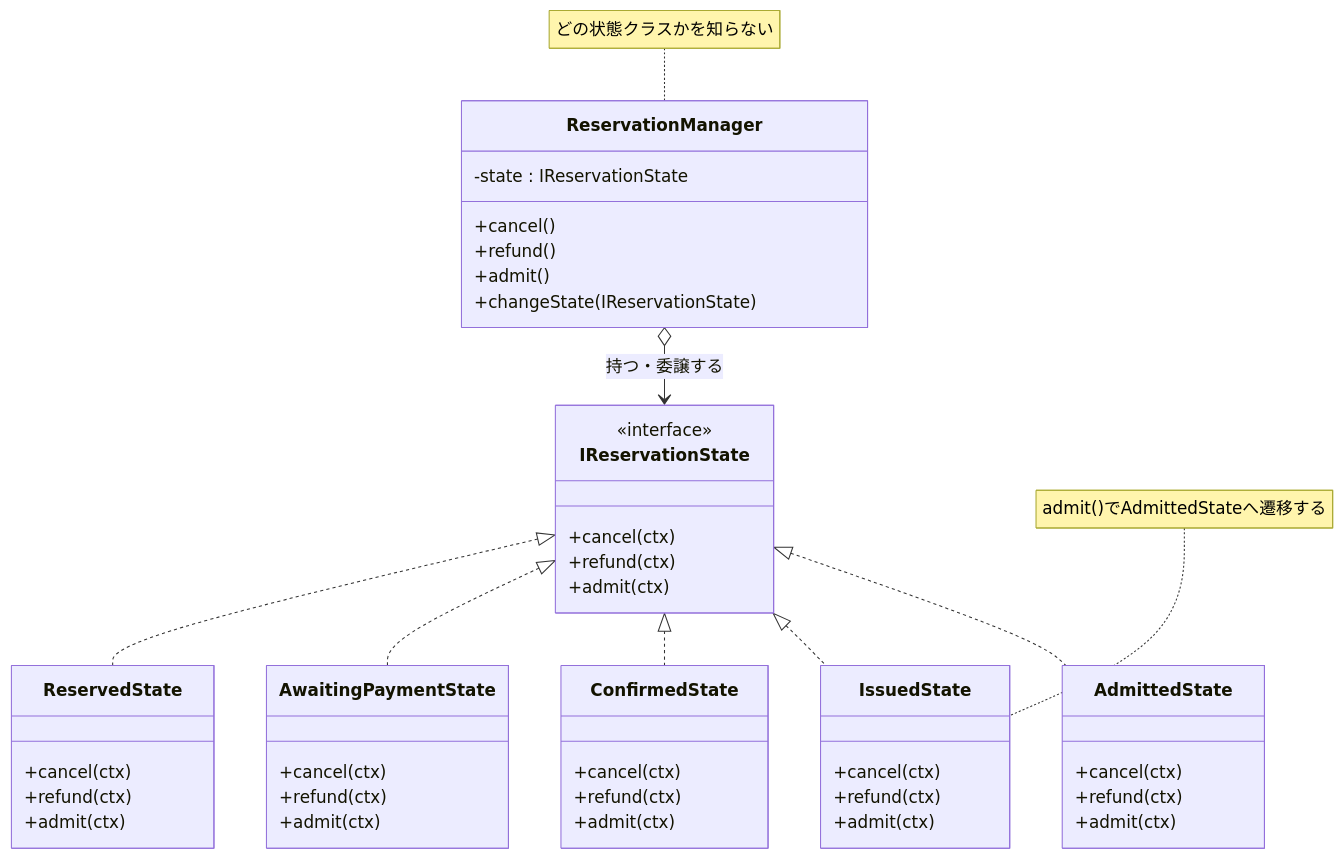
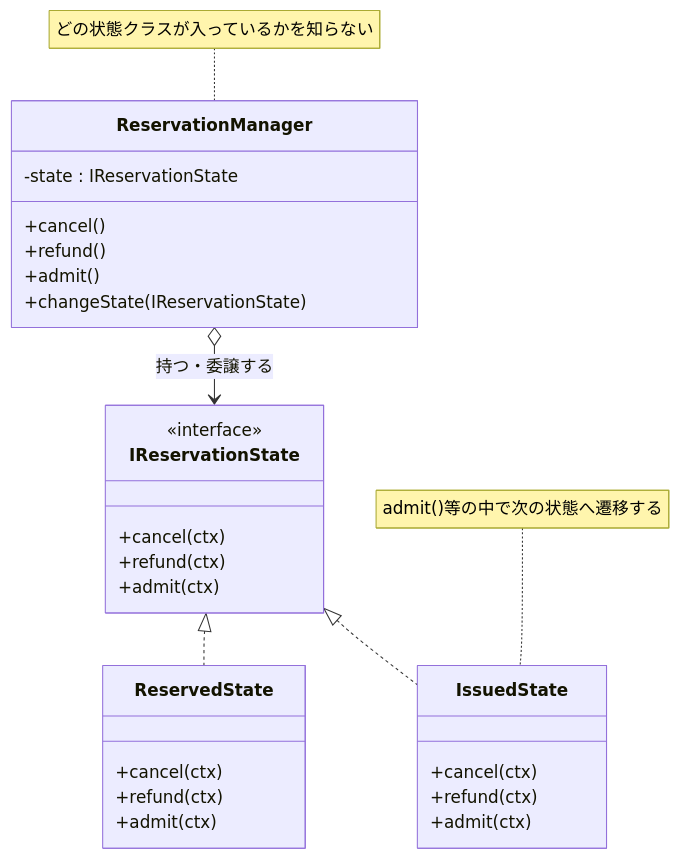
The fourth of 7 diagrams in kindle/design-patterns/output/chapter03.md (kumachan1101-pixel/DesignPattern), drawn with Mermaid before and after one commit. The commit also changed other lines of this file and 11 other files, not shown here.

````diff
--- a/kindle/design-patterns/output/chapter03.md
+++ b/kindle/design-patterns/output/chapter03.md
@@ -559,51 +595,33 @@
 ```mermaid
 classDiagram
     class ReservationManager {
         -state : IReservationState
         +cancel()
         +refund()
         +admit()
         +changeState(IReservationState)
     }
     class IReservationState {
         <<interface>>
         +cancel(ctx)
         +refund(ctx)
         +admit(ctx)
     }
     class ReservedState {
         +cancel(ctx)
         +refund(ctx)
         +admit(ctx)
     }
-    class AwaitingPaymentState {
-        +cancel(ctx)
-        +refund(ctx)
-        +admit(ctx)
-    }
-    class ConfirmedState {
-        +cancel(ctx)
-        +refund(ctx)
-        +admit(ctx)
-    }
     class IssuedState {
-        +cancel(ctx)
-        +refund(ctx)
-        +admit(ctx)
-    }
-    class AdmittedState {
         +cancel(ctx)
         +refund(ctx)
         +admit(ctx)
     }
 
     ReservationManager o--> IReservationState : 持つ・委譲する
     IReservationState <|.. ReservedState
-    IReservationState <|.. AwaitingPaymentState
-    IReservationState <|.. ConfirmedState
     IReservationState <|.. IssuedState
-    IReservationState <|.. AdmittedState
 
-    note for ReservationManager "どの状態クラスかを知らない"
-    note for IssuedState "admit()でAdmittedStateへ遷移する"
+    note for ReservationManager "どの状態クラスが入っているかを知らない"
+    note for IssuedState "admit()等の中で次の状態へ遷移する"
 ```
````
